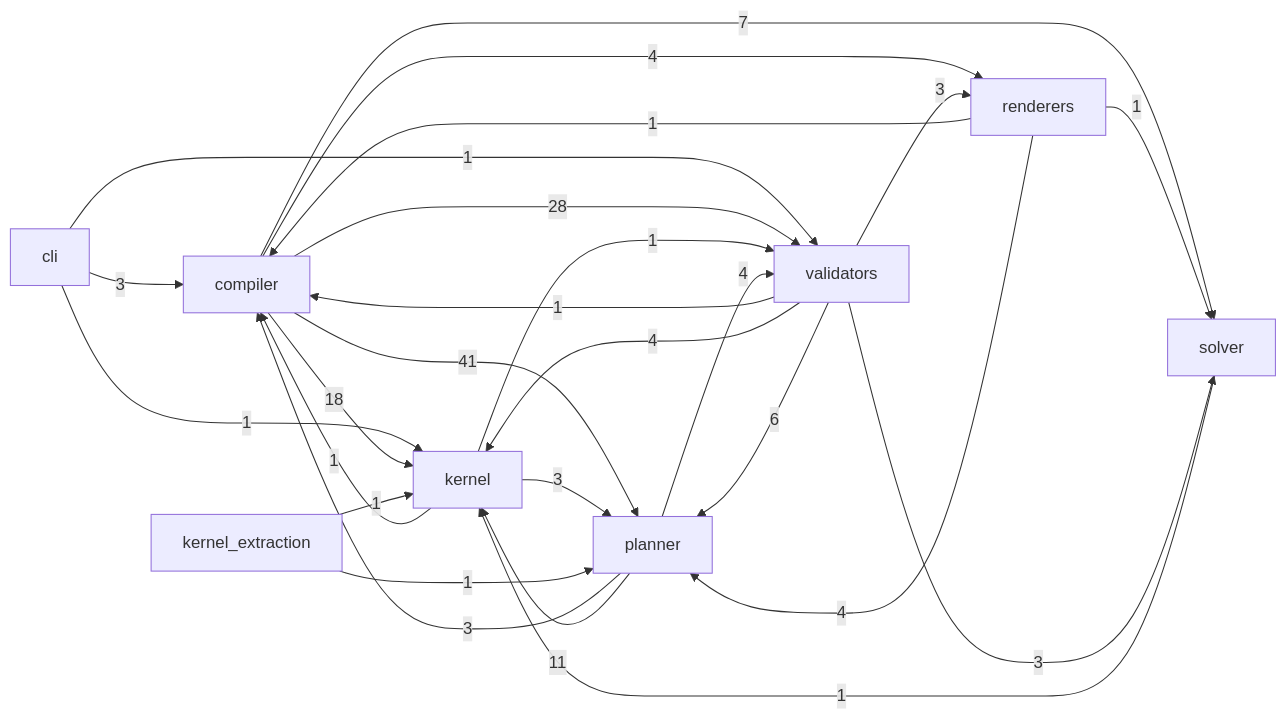
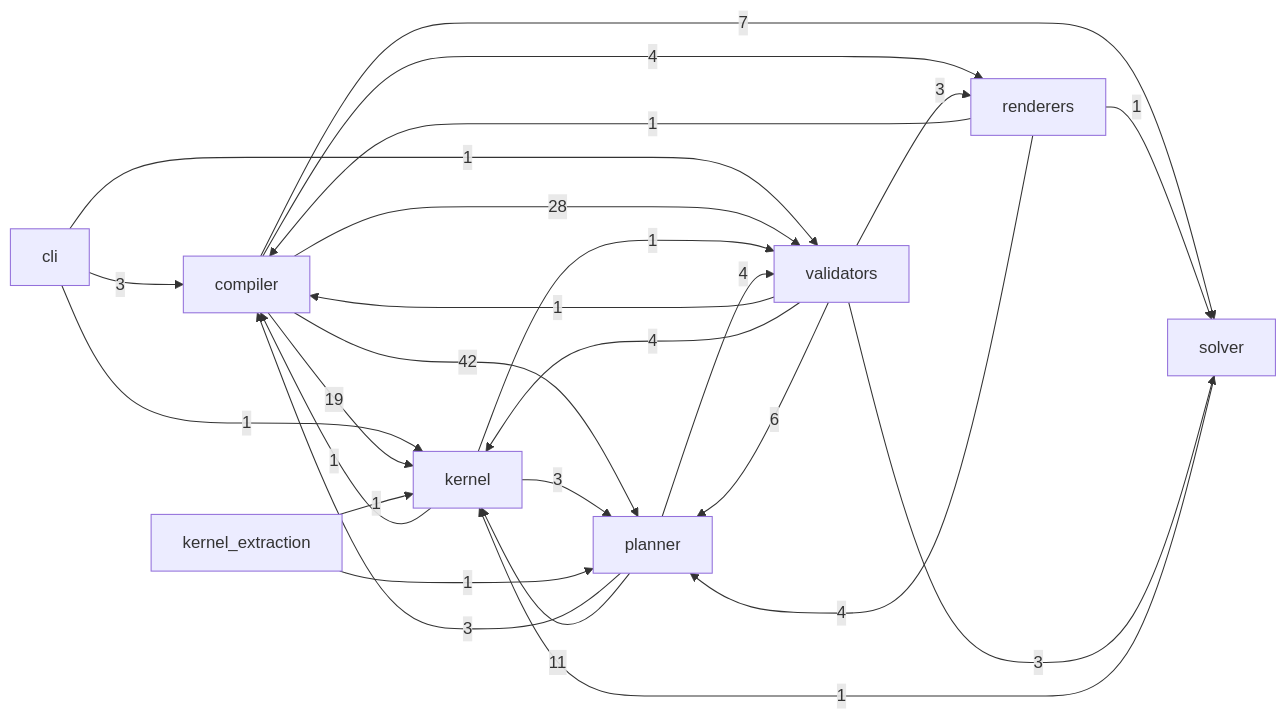
One commit to Kingsley-Cyber/cinematic-compiler-core changed the diagram in docs/reference/code.md. Above: the diagram before and after it, drawn with Mermaid. The commit also changed other lines of this file and 7 other files, not shown here.

````diff
--- a/docs/reference/code.md
+++ b/docs/reference/code.md
@@ -15,28 +15,28 @@
 ```mermaid
 flowchart LR
   cli -->|3| compiler
   cli -->|1| kernel
   cli -->|1| validators
-  compiler -->|18| kernel
-  compiler -->|41| planner
+  compiler -->|19| kernel
+  compiler -->|42| planner
   compiler -->|4| renderers
   compiler -->|7| solver
   compiler -->|28| validators
   kernel -->|1| compiler
   kernel -->|3| planner
   kernel -->|1| validators
   kernel_extraction -->|1| kernel
   kernel_extraction -->|1| planner
   planner -->|3| compiler
   planner -->|11| kernel
   planner -->|4| validators
   renderers -->|1| compiler
   renderers -->|4| planner
   renderers -->|1| solver
   solver -->|1| kernel
   validators -->|1| compiler
   validators -->|4| kernel
   validators -->|6| planner
   validators -->|3| renderers
   validators -->|3| solver
 ```
````
